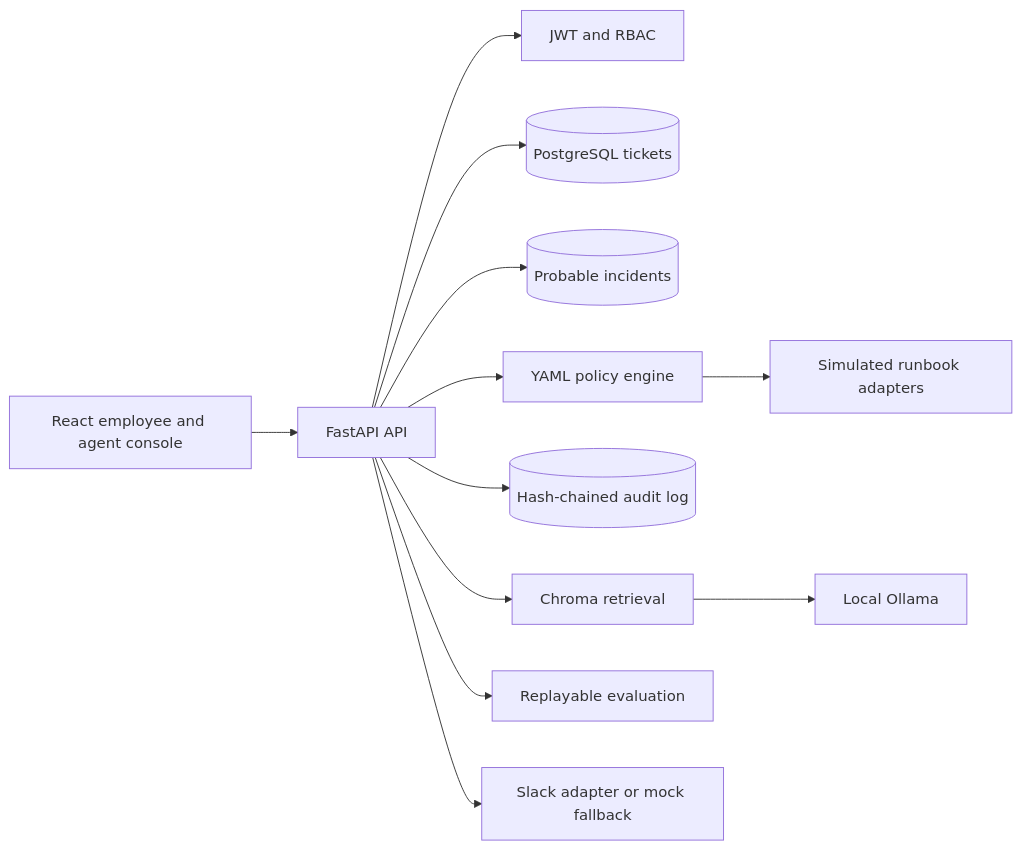
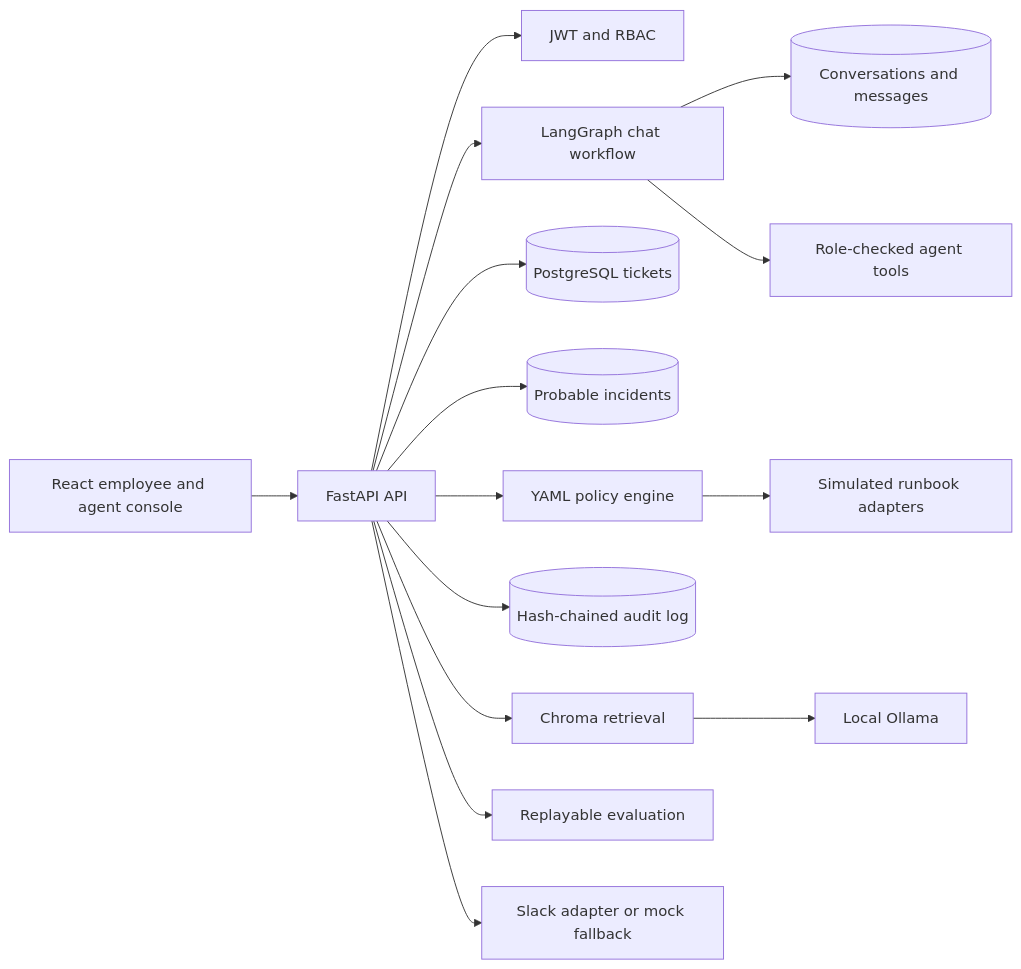
The diagram in README.md (Ayush-coo/it-agent-helpdesk), drawn with Mermaid before and after one commit. The commit also changed other lines of this file and 89 other files, not shown here.

````diff
--- a/README.md
+++ b/README.md
@@ -9,14 +9,17 @@
 ```mermaid
 flowchart LR
     UI[React employee and agent console] --> API[FastAPI API]
     API --> AUTH[JWT and RBAC]
+    API --> CHAT[LangGraph chat workflow]
+    CHAT --> CONVERSATIONS[(Conversations and messages)]
+    CHAT --> AGENTTOOLS[Role-checked agent tools]
     API --> TICKETS[(PostgreSQL tickets)]
     API --> INCIDENTS[(Probable incidents)]
     API --> POLICY[YAML policy engine]
     POLICY --> RUNBOOKS[Simulated runbook adapters]
     API --> AUDIT[(Hash-chained audit log)]
     API --> RAG[Chroma retrieval]
     RAG --> OLLAMA[Local Ollama]
     API --> EVAL[Replayable evaluation]
     API --> SLACK[Slack adapter or mock fallback]
 ```
````
